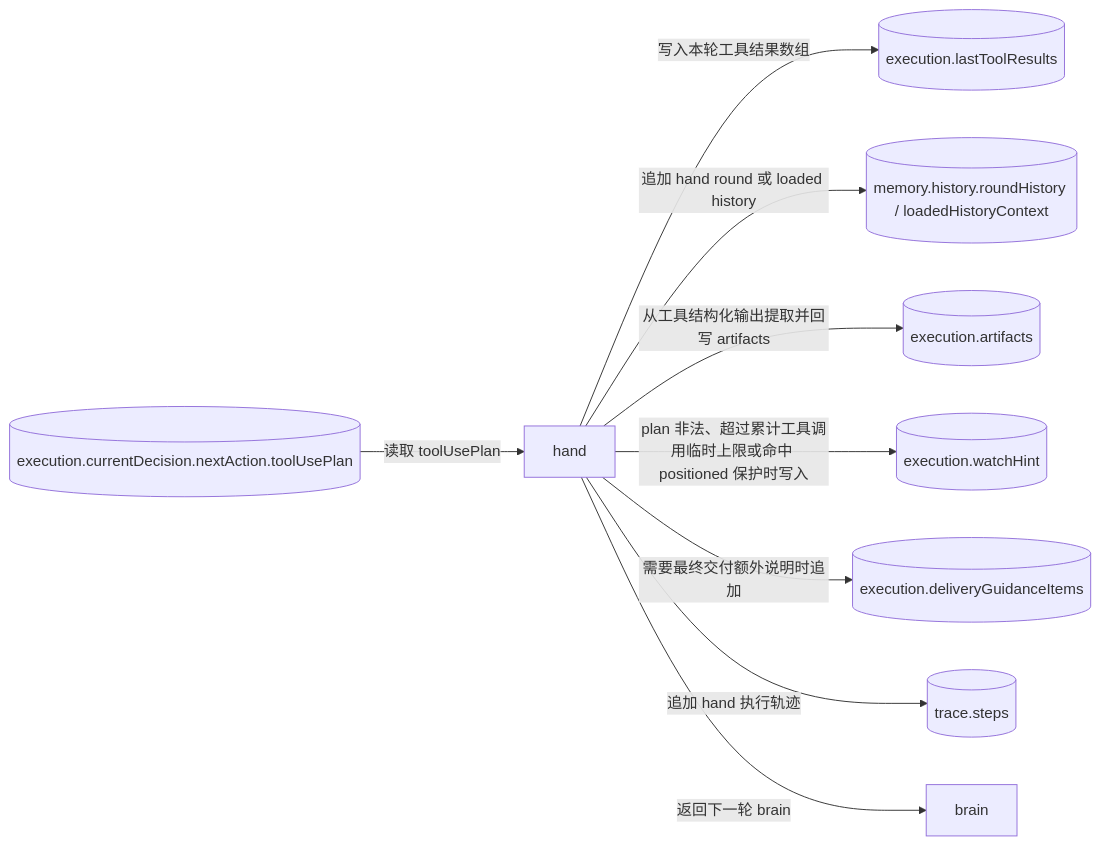
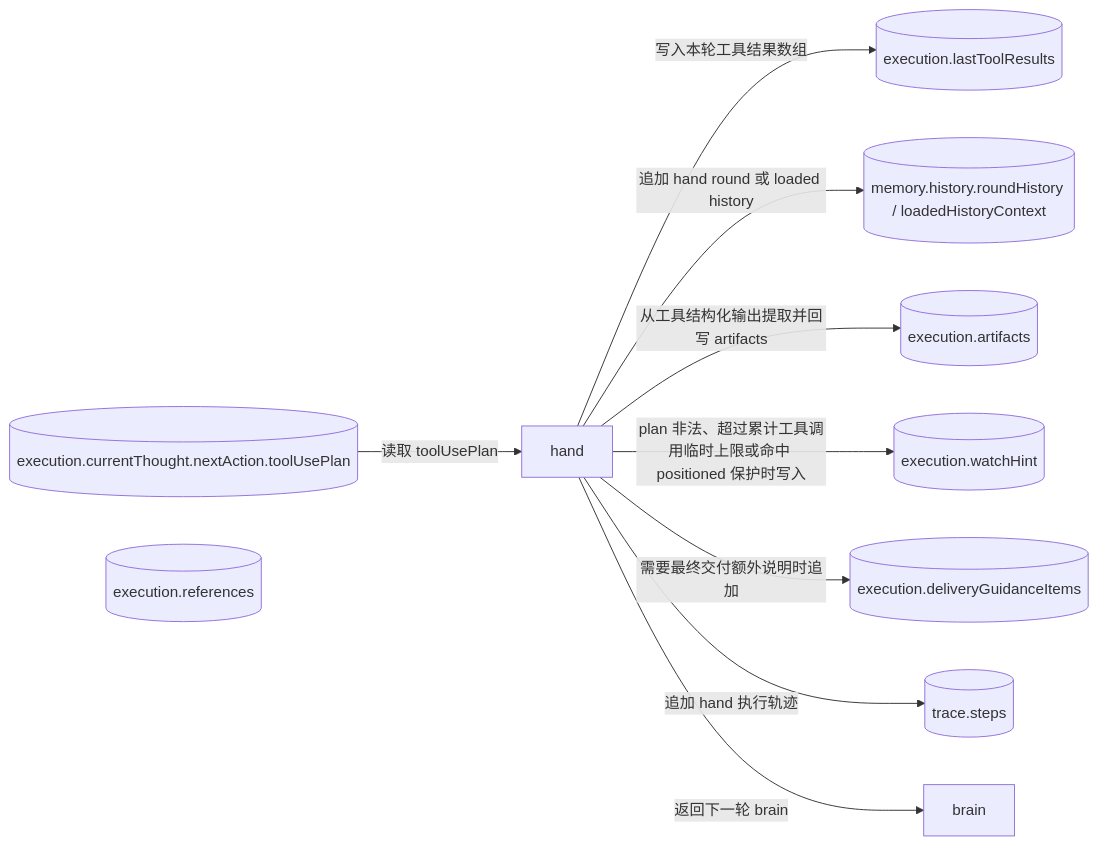
The fourth of 5 diagrams in doc/ai-design/data-definition-and-flow.md (Yoan98/Ncurator), drawn with Mermaid before and after one commit. The commit also changed other lines of this file and 45 other files, not shown here.

First line of the commit message:
refactor: rename HumanDecision to HumanThoughtDecision and update related logic

````diff
--- a/doc/ai-design/data-definition-and-flow.md
+++ b/doc/ai-design/data-definition-and-flow.md
@@ -1109,21 +1110,22 @@
 ```mermaid
 flowchart LR
-    CD[("execution.currentDecision.nextAction.toolUsePlan")]
+    CD[("execution.currentThought.nextAction.toolUsePlan")]
     H["hand"]
     LTR[("execution.lastToolResults")]
     PM[("memory.history.roundHistory / loadedHistoryContext")]
     A[("execution.artifacts")]
+    RF[("execution.references")]
     WH[("execution.watchHint")]
     DG[("execution.deliveryGuidanceItems")]
     TR[("trace.steps")]
     B["brain"]
 
     CD -->|读取 toolUsePlan| H
     H -->|写入本轮工具结果数组| LTR
     H -->|追加 hand round 或 loaded history| PM
     H -->|从工具结构化输出提取并回写 artifacts| A
     H -->|plan 非法、超过累计工具调用临时上限或命中 positioned 保护时写入| WH
     H -->|需要最终交付额外说明时追加| DG
     H -->|追加 hand 执行轨迹| TR
     H -->|返回下一轮 brain| B
 ```
````
